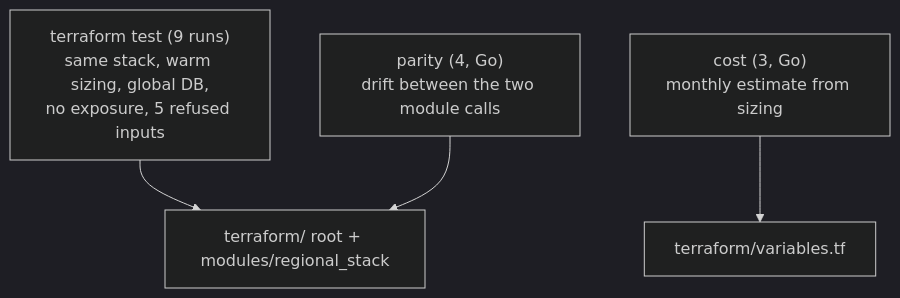
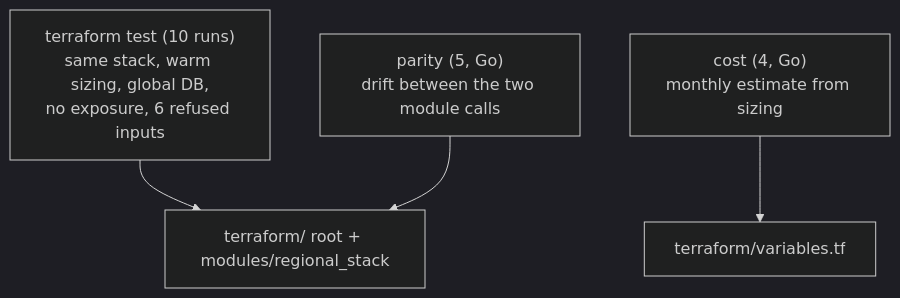
Before and after one commit to EquinoxWN/multi-region-failover: the second of 2 diagrams in README.md, drawn with Mermaid (dark theme). The commit also changed other lines of this file and 6 other files, not shown here.

````diff
--- a/README.md
+++ b/README.md
@@ -102,6 +103,6 @@
 ```mermaid
 flowchart TB
-  T1["terraform test (9 runs)<br/>same stack, warm sizing, global DB,<br/>no exposure, 5 refused inputs"] --> TF["terraform/ root + modules/regional_stack"]
-  P["parity (4, Go)<br/>drift between the two module calls"] --> TF
-  C["cost (3, Go)<br/>monthly estimate from sizing"] --> V["terraform/variables.tf"]
+  T1["terraform test (10 runs)<br/>same stack, warm sizing, global DB,<br/>no exposure, 6 refused inputs"] --> TF["terraform/ root + modules/regional_stack"]
+  P["parity (5, Go)<br/>drift between the two module calls"] --> TF
+  C["cost (4, Go)<br/>monthly estimate from sizing"] --> V["terraform/variables.tf"]
 ```
````
